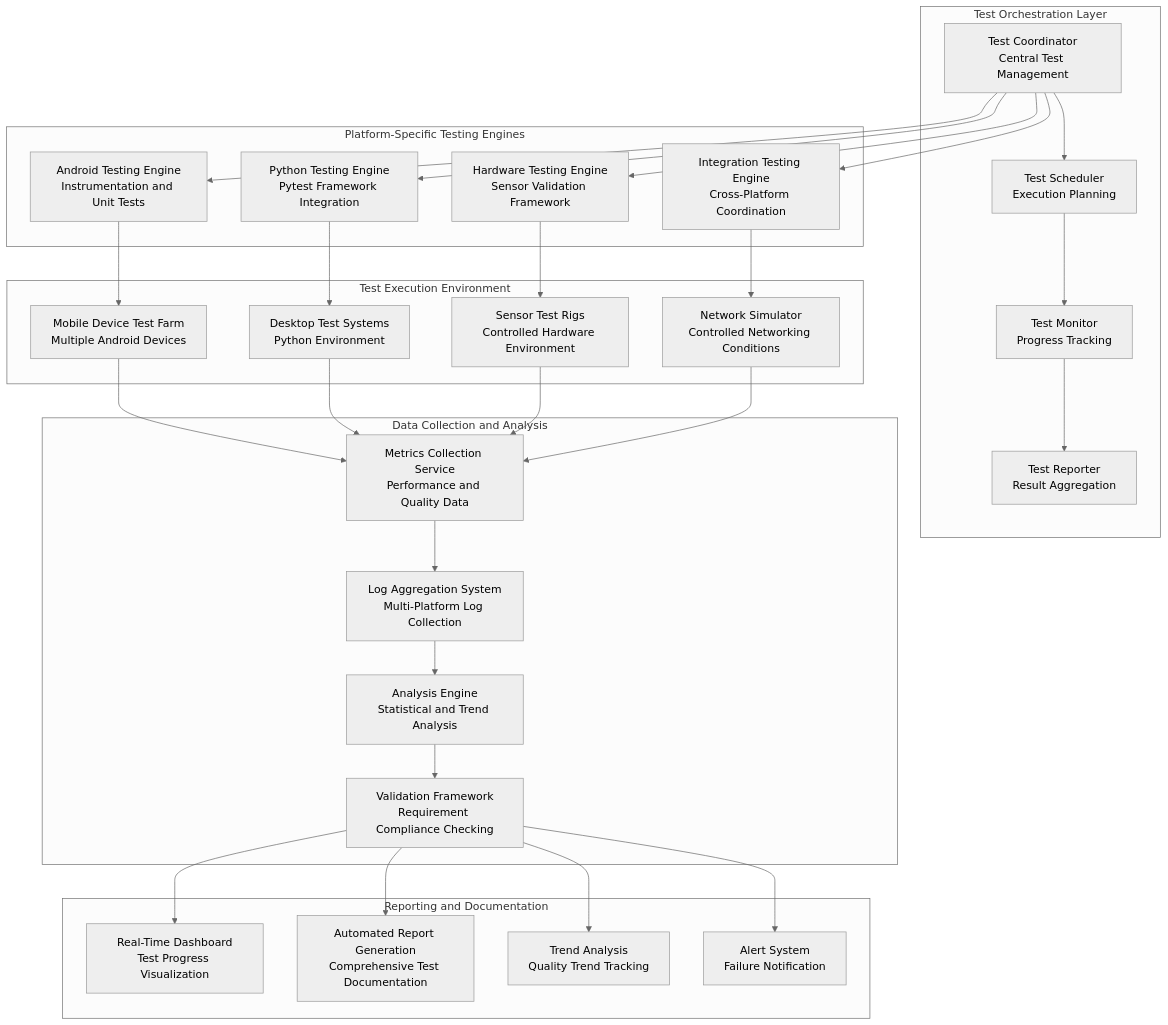
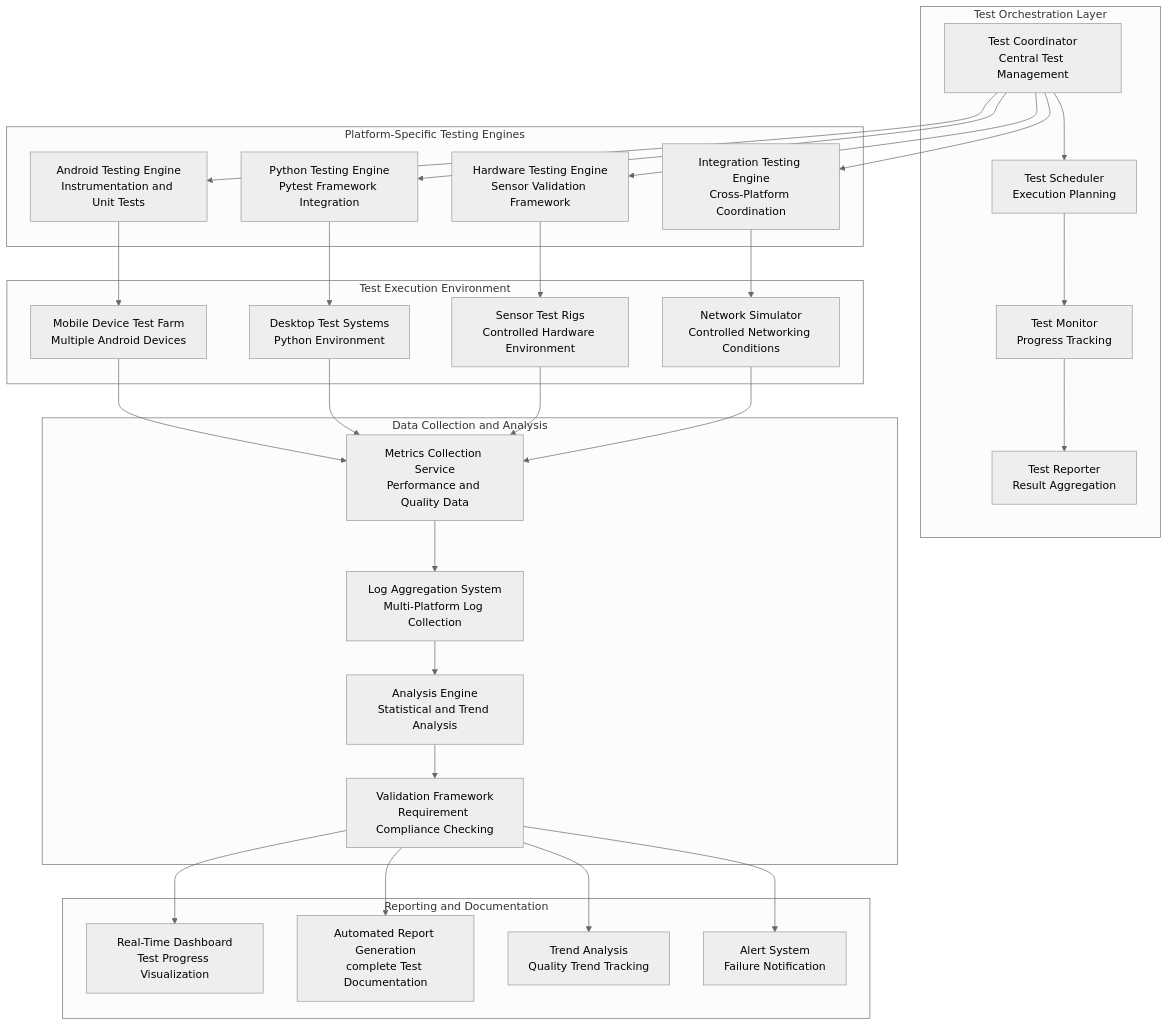
One commit to buccancs/fyp-multi-sensor-recording-system changed the second of 8 diagrams in docs/thesis_report/draft_0/Chapter_5_Testing_and_Results_Evaluation.md. Above: the diagram before and after it, drawn with Mermaid (neutral theme). The commit also changed other lines of this file and 118 other files, not shown here.

Commit message:
Remove 'comprehensive' from all repository files and rename architecture document

````diff
--- a/docs/thesis_report/draft_0/Chapter_5_Testing_and_Results_Evaluation.md
+++ b/docs/thesis_report/draft_0/Chapter_5_Testing_and_Results_Evaluation.md
@@ -515,65 +515,65 @@
 ```mermaid
 graph TB
     subgraph "Test Orchestration Layer"
         COORDINATOR[Test Coordinator<br/>Central Test Management]
         SCHEDULER[Test Scheduler<br/>Execution Planning]
         MONITOR[Test Monitor<br/>Progress Tracking]
         REPORTER[Test Reporter<br/>Result Aggregation]
     end
     
     subgraph "Platform-Specific Testing Engines"
         ANDROID_ENGINE[Android Testing Engine<br/>Instrumentation and Unit Tests]
         PYTHON_ENGINE[Python Testing Engine<br/>Pytest Framework Integration]
         INTEGRATION_ENGINE[Integration Testing Engine<br/>Cross-Platform Coordination]
         HARDWARE_ENGINE[Hardware Testing Engine<br/>Sensor Validation Framework]
     end
     
     subgraph "Test Execution Environment"
         MOBILE_DEVICES[Mobile Device Test Farm<br/>Multiple Android Devices]
         DESKTOP_SYSTEMS[Desktop Test Systems<br/>Python Environment]
         SENSOR_HARDWARE[Sensor Test Rigs<br/>Controlled Hardware Environment]
         NETWORK_SIM[Network Simulator<br/>Controlled Networking Conditions]
     end
     
     subgraph "Data Collection and Analysis"
         METRICS_COLLECTOR[Metrics Collection Service<br/>Performance and Quality Data]
         LOG_AGGREGATOR[Log Aggregation System<br/>Multi-Platform Log Collection]
         ANALYSIS_ENGINE[Analysis Engine<br/>Statistical and Trend Analysis]
         VALIDATION_FRAMEWORK[Validation Framework<br/>Requirement Compliance Checking]
     end
     
     subgraph "Reporting and Documentation"
         DASHBOARD[Real-Time Dashboard<br/>Test Progress Visualization]
-        REPORTS[Automated Report Generation<br/>Comprehensive Test Documentation]
+        REPORTS[Automated Report Generation<br/>complete Test Documentation]
         TRENDS[Trend Analysis<br/>Quality Trend Tracking]
         ALERTS[Alert System<br/>Failure Notification]
     end
     
     COORDINATOR --> SCHEDULER
     SCHEDULER --> MONITOR
     MONITOR --> REPORTER
     
     COORDINATOR --> ANDROID_ENGINE
     COORDINATOR --> PYTHON_ENGINE
     COORDINATOR --> INTEGRATION_ENGINE
     COORDINATOR --> HARDWARE_ENGINE
     
     ANDROID_ENGINE --> MOBILE_DEVICES
     PYTHON_ENGINE --> DESKTOP_SYSTEMS
     INTEGRATION_ENGINE --> NETWORK_SIM
     HARDWARE_ENGINE --> SENSOR_HARDWARE
     
     MOBILE_DEVICES --> METRICS_COLLECTOR
     DESKTOP_SYSTEMS --> METRICS_COLLECTOR
     SENSOR_HARDWARE --> METRICS_COLLECTOR
     NETWORK_SIM --> METRICS_COLLECTOR
     
     METRICS_COLLECTOR --> LOG_AGGREGATOR
     LOG_AGGREGATOR --> ANALYSIS_ENGINE
     ANALYSIS_ENGINE --> VALIDATION_FRAMEWORK
     
     VALIDATION_FRAMEWORK --> DASHBOARD
     VALIDATION_FRAMEWORK --> REPORTS
     VALIDATION_FRAMEWORK --> TRENDS
     VALIDATION_FRAMEWORK --> ALERTS
 ```
````
